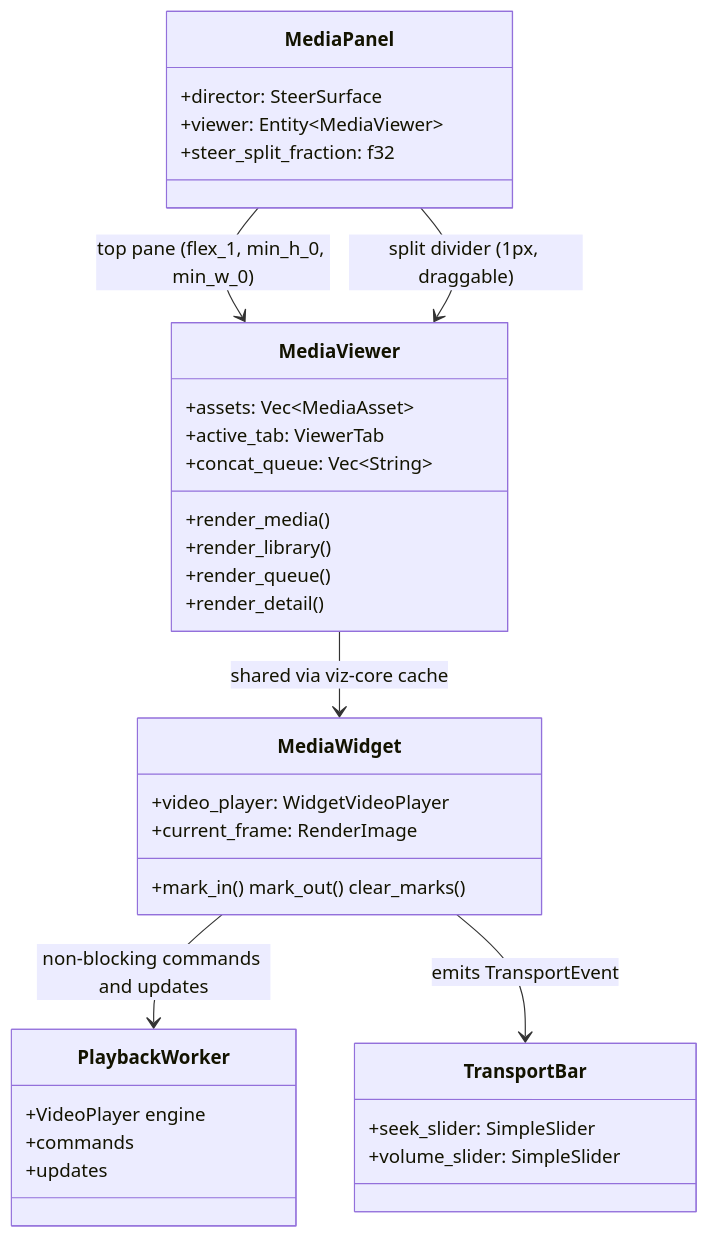
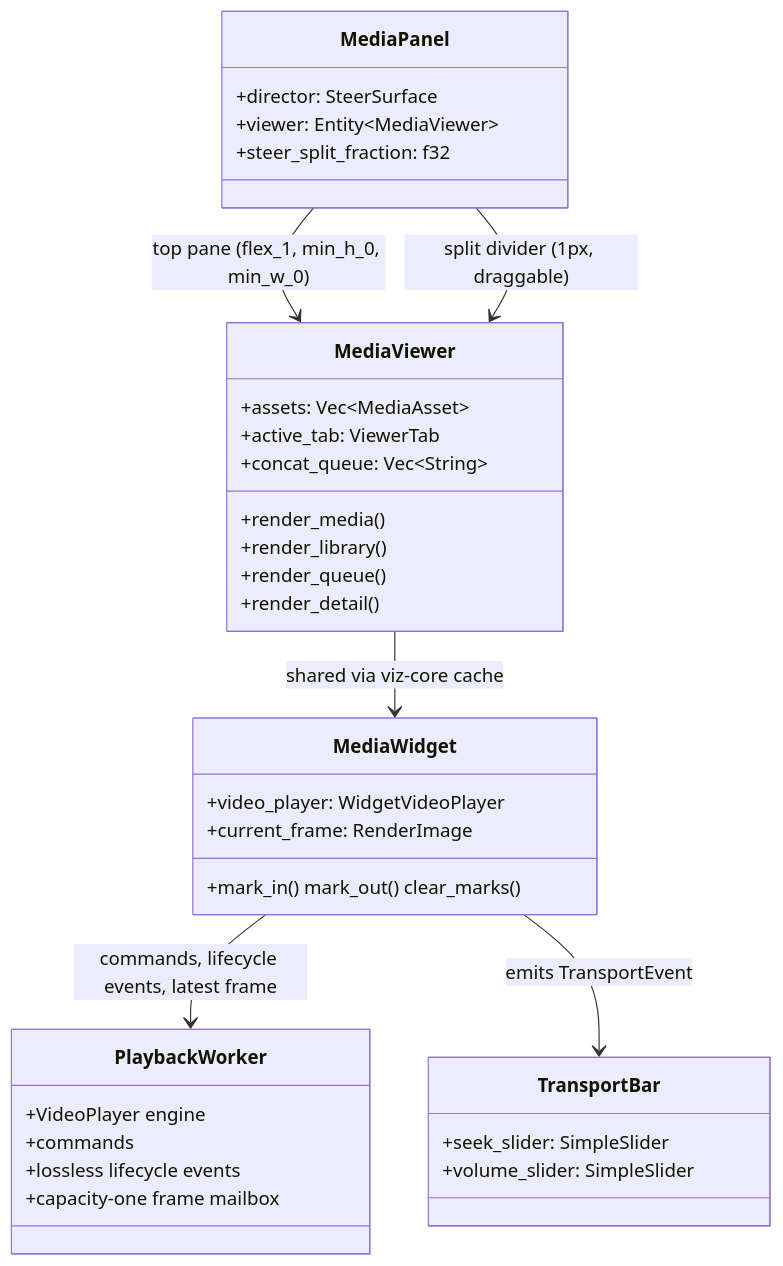
The diagram in kask/docs/diataxis/media_panel/reference.md (mdz-axo/zed-kask), drawn with Mermaid before and after one commit. The commit also changed other lines of this file and 14 other files, not shown here.

````diff
--- a/kask/docs/diataxis/media_panel/reference.md
+++ b/kask/docs/diataxis/media_panel/reference.md
@@ -23,36 +23,37 @@
 ```mermaid
 classDiagram
     class MediaPanel {
         +director: SteerSurface
         +viewer: Entity~MediaViewer~
         +steer_split_fraction: f32
     }
     class MediaViewer {
         +assets: Vec~MediaAsset~
         +active_tab: ViewerTab
         +concat_queue: Vec~String~
         +render_media()
         +render_library()
         +render_queue()
         +render_detail()
     }
     class MediaWidget {
         +video_player: WidgetVideoPlayer
         +current_frame: RenderImage
         +mark_in() mark_out() clear_marks()
     }
     class PlaybackWorker {
         +VideoPlayer engine
         +commands
-        +updates
+        +lossless lifecycle events
+        +capacity-one frame mailbox
     }
     class TransportBar {
         +seek_slider: SimpleSlider
         +volume_slider: SimpleSlider
     }
     MediaPanel --> MediaViewer : top pane (flex_1, min_h_0, min_w_0)
     MediaPanel --> MediaViewer : split divider (1px, draggable)
     MediaViewer --> MediaWidget : shared via viz-core cache
-    MediaWidget --> PlaybackWorker : non-blocking commands and updates
+    MediaWidget --> PlaybackWorker : commands, lifecycle events, latest frame
     MediaWidget --> TransportBar : emits TransportEvent
 ```
````
